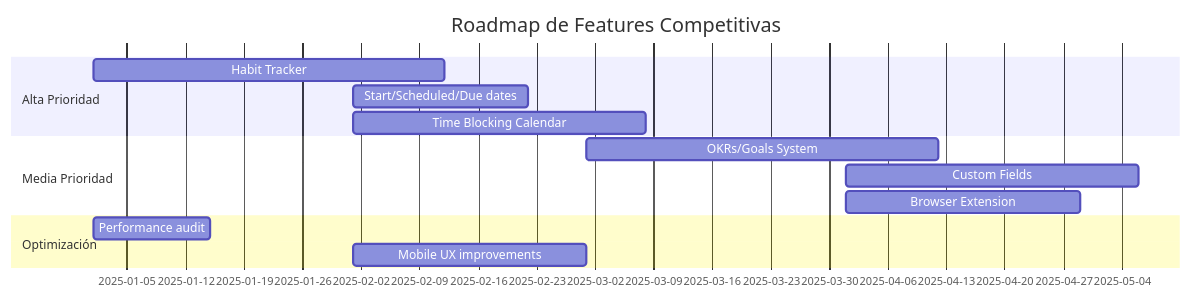
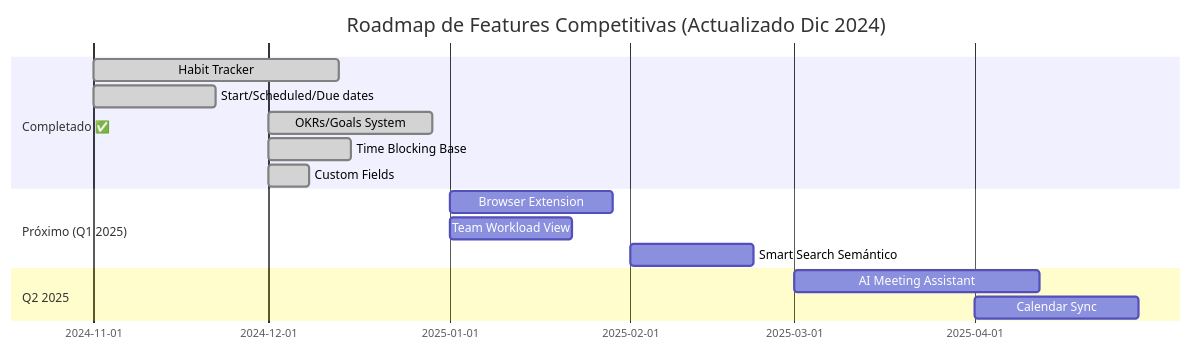
Before and after one commit to tiagofur/ordo-todo: the diagram in docs/mejoras-competencia/COMPETITIVE-ANALYSIS.md, drawn with Mermaid. The commit also changed other lines of this file and 16 other files, not shown here.

````diff
--- a/docs/mejoras-competencia/COMPETITIVE-ANALYSIS.md
+++ b/docs/mejoras-competencia/COMPETITIVE-ANALYSIS.md
@@ -301,16 +284,18 @@
 ```mermaid
 gantt
-    title Roadmap de Features Competitivas
+    title Roadmap de Features Competitivas (Actualizado Dic 2024)
     dateFormat  YYYY-MM
-    section Alta Prioridad
-    Habit Tracker           :2025-01, 6w
-    Start/Scheduled/Due dates:2025-02, 3w
-    Time Blocking Calendar   :2025-02, 5w
-    section Media Prioridad
-    OKRs/Goals System       :2025-03, 6w
-    Custom Fields           :2025-04, 5w
-    Browser Extension       :2025-04, 4w
-    section Optimización
-    Performance audit       :2025-01, 2w
-    Mobile UX improvements  :2025-02, 4w
+    section Completado ✅
+    Habit Tracker           :done, 2024-11, 6w
+    Start/Scheduled/Due dates:done, 2024-11, 3w
+    OKRs/Goals System       :done, 2024-12, 4w
+    Time Blocking Base      :done, 2024-12, 2w
+    Custom Fields           :done, 2024-12, 1w
+    section Próximo (Q1 2025)
+    Browser Extension       :2025-01, 4w
+    Team Workload View      :2025-01, 3w
+    Smart Search Semántico  :2025-02, 3w
+    section Q2 2025
+    AI Meeting Assistant    :2025-03, 6w
+    Calendar Sync           :2025-04, 4w
 ```
````
